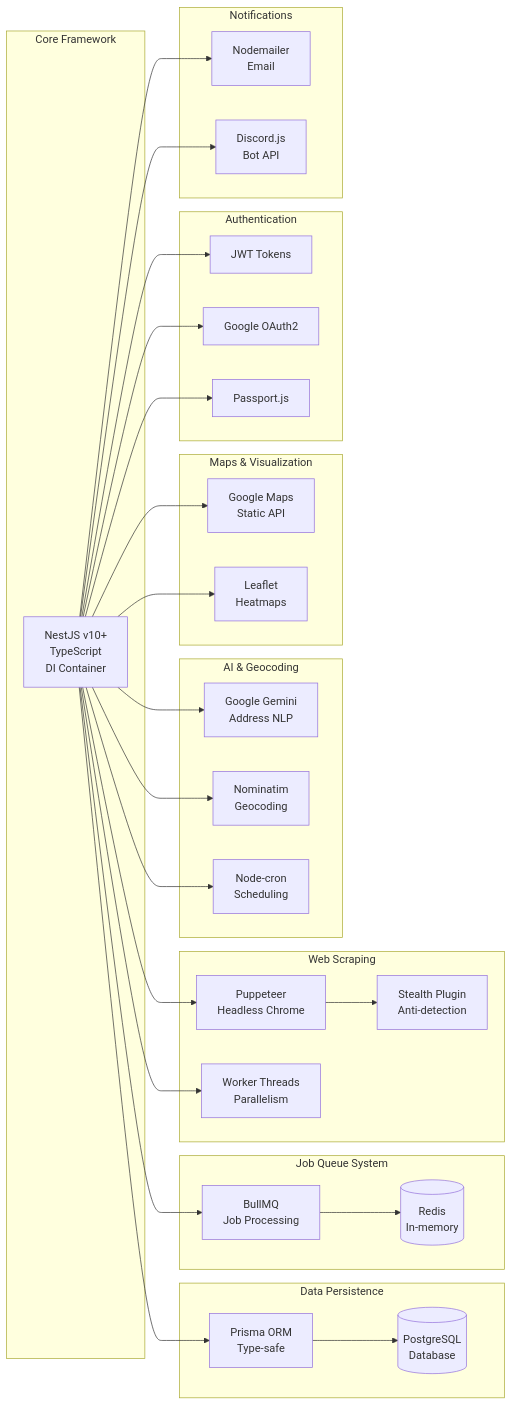
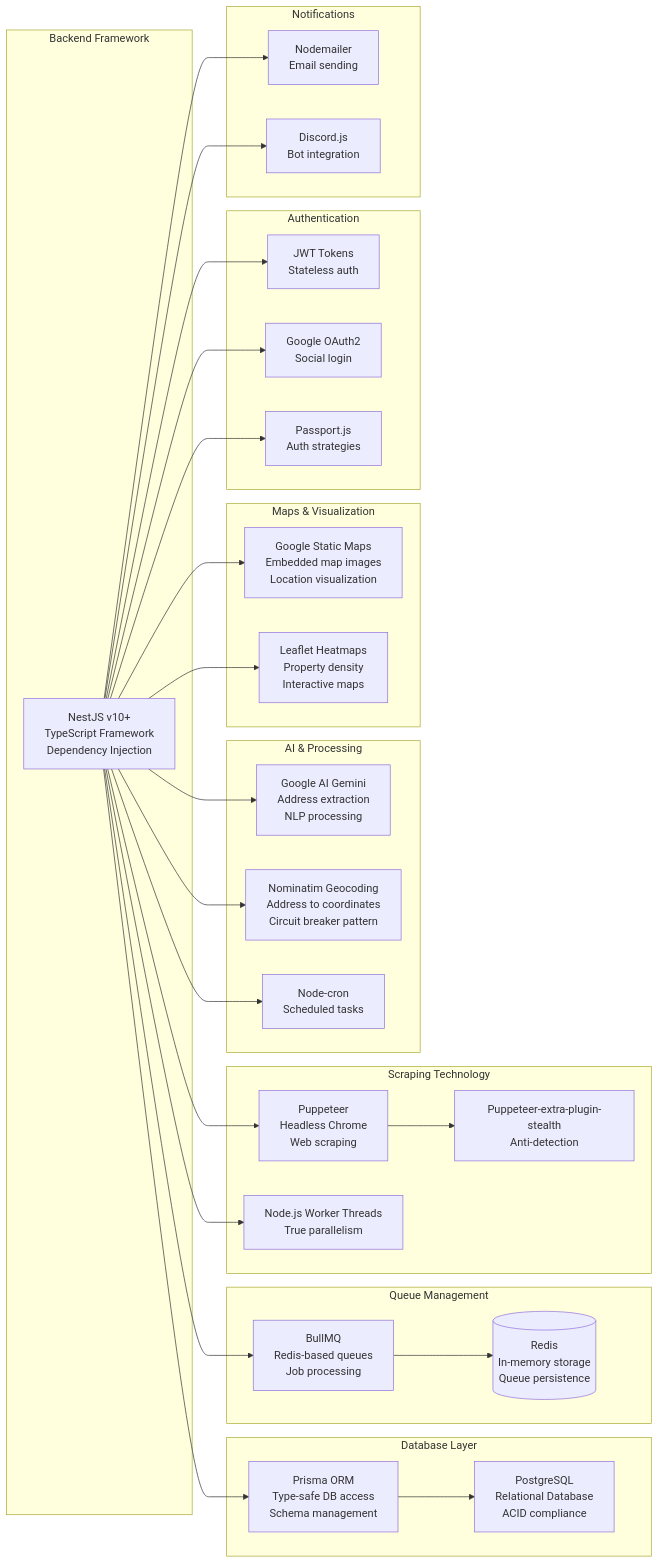
The third of 8 diagrams in README.md (Mieszkaniownik/mieszkaniownik), drawn with Mermaid before and after one commit. The commit also changed other lines of this file and 3 other files, not shown here.

````diff
--- a/README.md
+++ b/README.md
@@ -169,50 +144,62 @@
 ```mermaid
 graph LR
-    subgraph CORE["Core Framework"]
-        NEST[NestJS v10+<br/>TypeScript<br/>DI Container]
+    subgraph "Backend Framework"
+        NEST[NestJS v10+<br/>TypeScript Framework<br/>Dependency Injection]
     end
 
-    subgraph DB["Data Persistence"]
-        PRISMA[Prisma ORM<br/>Type-safe]
-        PG[(PostgreSQL<br/>Database)]
+    subgraph "Database Layer"
+        PRISMA[Prisma ORM<br/>Type-safe DB access<br/>Schema management]
+        PG[PostgreSQL<br/>Relational Database<br/>ACID compliance]
     end
 
-    subgraph QUEUE["Job Queue System"]
-        BULLMQ[BullMQ<br/>Job Processing]
-        REDIS[(Redis<br/>In-memory)]
+    subgraph "Queue Management"
+        BULLMQ[BullMQ<br/>Redis-based queues<br/>Job processing]
+        REDIS_DB[(Redis<br/>In-memory storage<br/>Queue persistence)]
     end
 
-    subgraph SCRAPE["Web Scraping"]
-        PUPPETEER[Puppeteer<br/>Headless Chrome]
-        STEALTH[Stealth Plugin<br/>Anti-detection]
-        WORKER[Worker Threads<br/>Parallelism]
+    subgraph "Scraping Technology"
+        PUPPETEER[Puppeteer<br/>Headless Chrome<br/>Web scraping]
+        STEALTH[Puppeteer-extra-plugin-stealth<br/>Anti-detection]
+        WORKER[Node.js Worker Threads<br/>True parallelism]
     end
 
-    subgraph AI["AI & Geocoding"]
-        GOOGLE_AI[Google Gemini<br/>Address NLP]
-        NOMINATIM[Nominatim<br/>Geocoding]
-        SCHEDULER[Node-cron<br/>Scheduling]
+    subgraph "AI & Processing"
+        GOOGLE_AI[Google AI Gemini<br/>Address extraction<br/>NLP processing]
+        GEOCODING[Nominatim Geocoding<br/>Address to coordinates<br/>Circuit breaker pattern]
+        SCHEDULER[Node-cron<br/>Scheduled tasks]
     end
 
-    subgraph MAPS["Maps & Visualization"]
-        GMAPS[Google Maps<br/>Static API]
-        HEATMAP[Leaflet<br/>Heatmaps]
+    subgraph "Maps & Visualization"
+        STATIC_MAPS[Google Static Maps<br/>Embedded map images<br/>Location visualization]
+        HEATMAP[Leaflet Heatmaps<br/>Property density<br/>Interactive maps]
     end
 
-    subgraph AUTH["Authentication"]
-        JWT[JWT Tokens]
-        OAUTH[Google OAuth2]
-        PASSPORT[Passport.js]
+    subgraph "Authentication"
+        JWT[JWT Tokens<br/>Stateless auth]
+        OAUTH[Google OAuth2<br/>Social login]
+        PASSPORT[Passport.js<br/>Auth strategies]
     end
 
-    subgraph NOTIF["Notifications"]
-        NODEMAILER[Nodemailer<br/>Email]
-        DISCORD[Discord.js<br/>Bot API]
+    subgraph "Notifications"
+        NODEMAILER[Nodemailer<br/>Email sending]
+        DISCORD_JS[Discord.js<br/>Bot integration]
     end
 
-    %% Connections
-    NEST --> PRISMA & BULLMQ & PUPPETEER & WORKER & GOOGLE_AI & NOMINATIM & SCHEDULER & JWT & OAUTH & PASSPORT & NODEMAILER & DISCORD & GMAPS & HEATMAP
+    NEST --> PRISMA
     PRISMA --> PG
-    BULLMQ --> REDIS
+    NEST --> BULLMQ
+    BULLMQ --> REDIS_DB
+    NEST --> PUPPETEER
     PUPPETEER --> STEALTH
+    NEST --> WORKER
+    NEST --> GOOGLE_AI
+    NEST --> GEOCODING
+    NEST --> SCHEDULER
+    NEST --> JWT
+    NEST --> OAUTH
+    NEST --> PASSPORT
+    NEST --> NODEMAILER
+    NEST --> DISCORD_JS
+    NEST --> STATIC_MAPS
+    NEST --> HEATMAP
 ```
````
